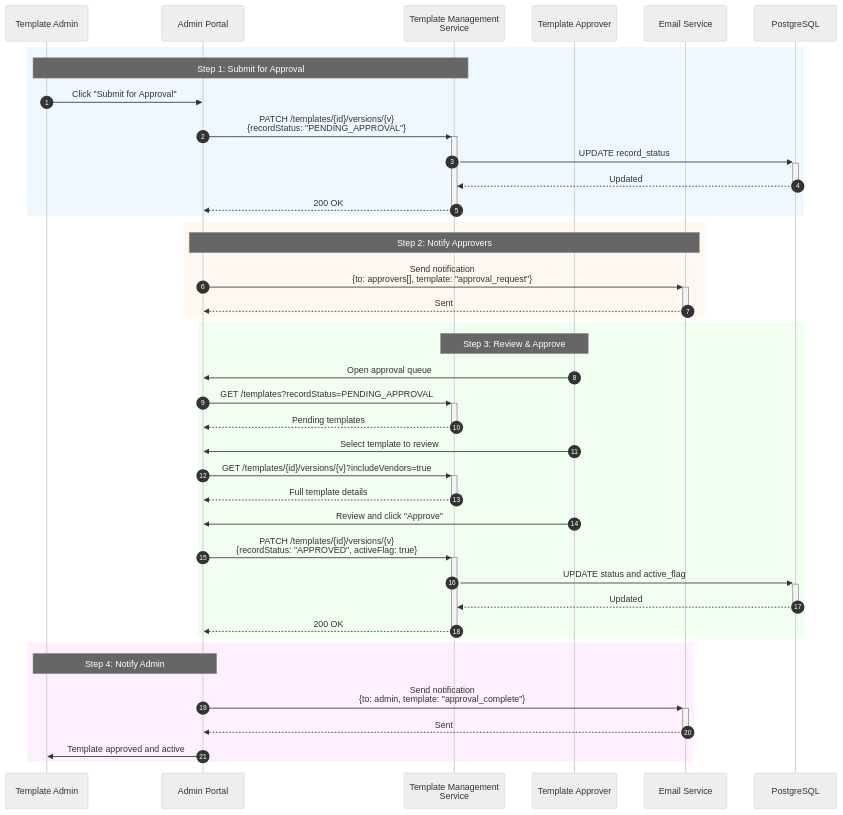
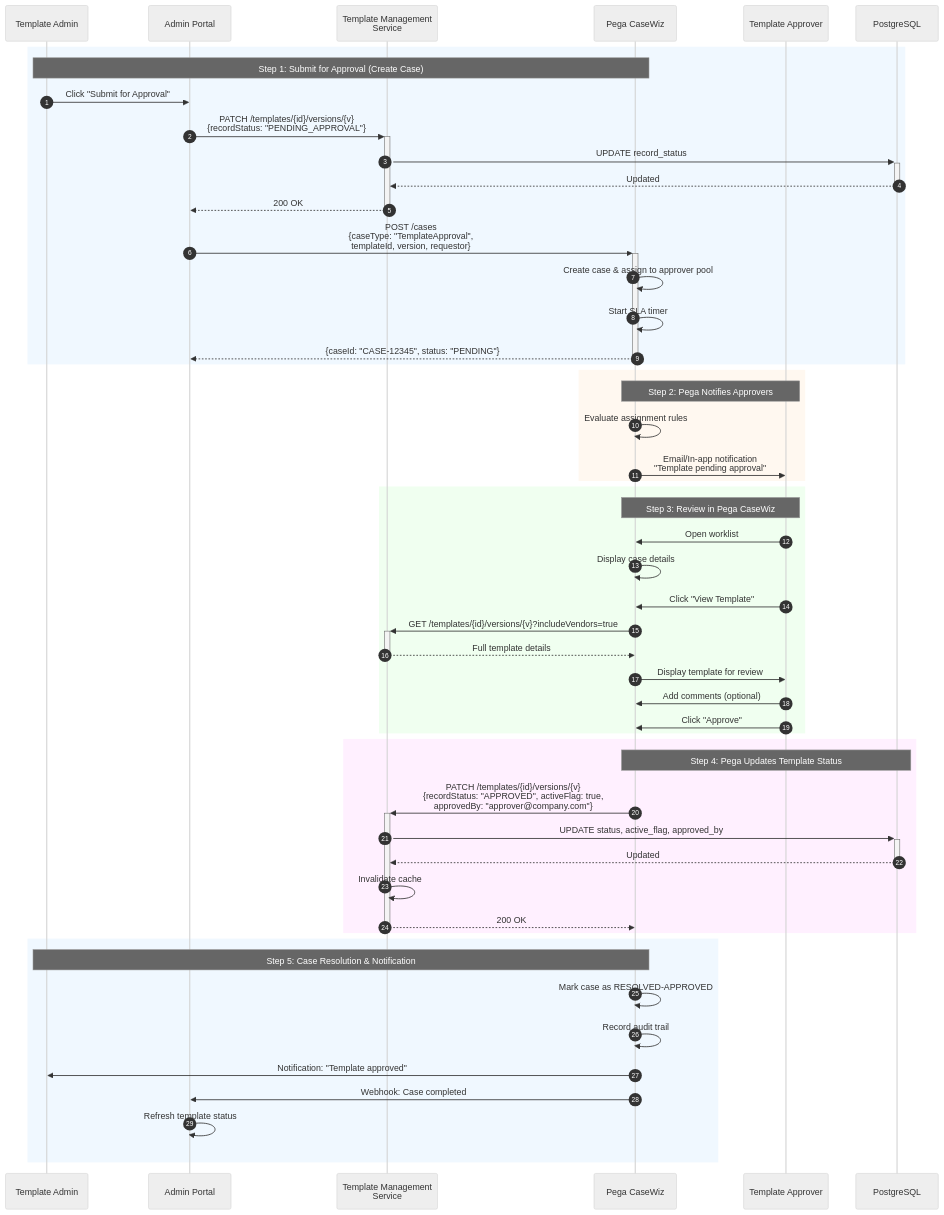
The ninth of 11 diagrams in docs/architecture/admin-portal-integration.md (ghmd86/template-management-service), drawn with Mermaid (neutral theme) before and after one commit. The commit also changed other lines of this file, not shown here.

First line of the commit message:
Integrate Pega CaseWiz for template approval workflow

````diff
--- a/docs/architecture/admin-portal-integration.md
+++ b/docs/architecture/admin-portal-integration.md
@@ -381,49 +398,62 @@
 ```mermaid
 sequenceDiagram
     autonumber
     participant Admin as Template Admin
     participant Portal as Admin Portal
     participant TMS as Template Management<br/>Service
+    participant Pega as Pega CaseWiz
     participant Approver as Template Approver
-    participant Email as Email Service
     participant DB as PostgreSQL
 
     rect rgb(240, 248, 255)
-        Note over Admin,TMS: Step 1: Submit for Approval
+        Note over Admin,Pega: Step 1: Submit for Approval (Create Case)
         Admin->>Portal: Click "Submit for Approval"
         Portal->>+TMS: PATCH /templates/{id}/versions/{v}<br/>{recordStatus: "PENDING_APPROVAL"}
         TMS->>+DB: UPDATE record_status
         DB-->>-TMS: Updated
         TMS-->>-Portal: 200 OK
+
+        Portal->>+Pega: POST /cases<br/>{caseType: "TemplateApproval",<br/>templateId, version, requestor}
+        Pega->>Pega: Create case & assign to approver pool
+        Pega->>Pega: Start SLA timer
+        Pega-->>-Portal: {caseId: "CASE-12345", status: "PENDING"}
     end
 
     rect rgb(255, 248, 240)
-        Note over Portal,Email: Step 2: Notify Approvers
-        Portal->>+Email: Send notification<br/>{to: approvers[], template: "approval_request"}
-        Email-->>-Portal: Sent
+        Note over Pega,Approver: Step 2: Pega Notifies Approvers
+        Pega->>Pega: Evaluate assignment rules
+        Pega->>Approver: Email/In-app notification<br/>"Template pending approval"
     end
 
     rect rgb(240, 255, 240)
-        Note over Approver,TMS: Step 3: Review & Approve
-        Approver->>Portal: Open approval queue
-        Portal->>+TMS: GET /templates?recordStatus=PENDING_APPROVAL
-        TMS-->>-Portal: Pending templates
+        Note over Approver,Pega: Step 3: Review in Pega CaseWiz
+        Approver->>Pega: Open worklist
+        Pega->>Pega: Display case details
+        Approver->>Pega: Click "View Template"
 
-        Approver->>Portal: Select template to review
-        Portal->>+TMS: GET /templates/{id}/versions/{v}?includeVendors=true
-        TMS-->>-Portal: Full template details
+        Pega->>+TMS: GET /templates/{id}/versions/{v}?includeVendors=true
+        TMS-->>-Pega: Full template details
+        Pega->>Approver: Display template for review
 
-        Approver->>Portal: Review and click "Approve"
-        Portal->>+TMS: PATCH /templates/{id}/versions/{v}<br/>{recordStatus: "APPROVED", activeFlag: true}
-        TMS->>+DB: UPDATE status and active_flag
-        DB-->>-TMS: Updated
-        TMS-->>-Portal: 200 OK
+        Approver->>Pega: Add comments (optional)
+        Approver->>Pega: Click "Approve"
     end
 
     rect rgb(255, 240, 255)
-        Note over Portal,Admin: Step 4: Notify Admin
-        Portal->>+Email: Send notification<br/>{to: admin, template: "approval_complete"}
-        Email-->>-Portal: Sent
-        Portal->>Admin: Template approved and active
+        Note over Pega,DB: Step 4: Pega Updates Template Status
+        Pega->>+TMS: PATCH /templates/{id}/versions/{v}<br/>{recordStatus: "APPROVED", activeFlag: true,<br/>approvedBy: "approver@company.com"}
+        TMS->>+DB: UPDATE status, active_flag, approved_by
+        DB-->>-TMS: Updated
+        TMS->>TMS: Invalidate cache
+        TMS-->>-Pega: 200 OK
+    end
+
+    rect rgb(240, 248, 255)
+        Note over Pega,Admin: Step 5: Case Resolution & Notification
+        Pega->>Pega: Mark case as RESOLVED-APPROVED
+        Pega->>Pega: Record audit trail
+        Pega->>Admin: Notification: "Template approved"
+        Pega->>Portal: Webhook: Case completed
+        Portal->>Portal: Refresh template status
     end
 ```
````
